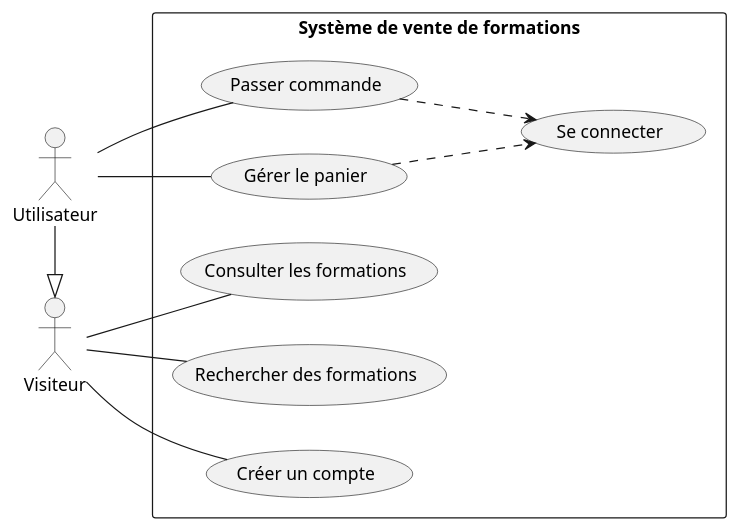
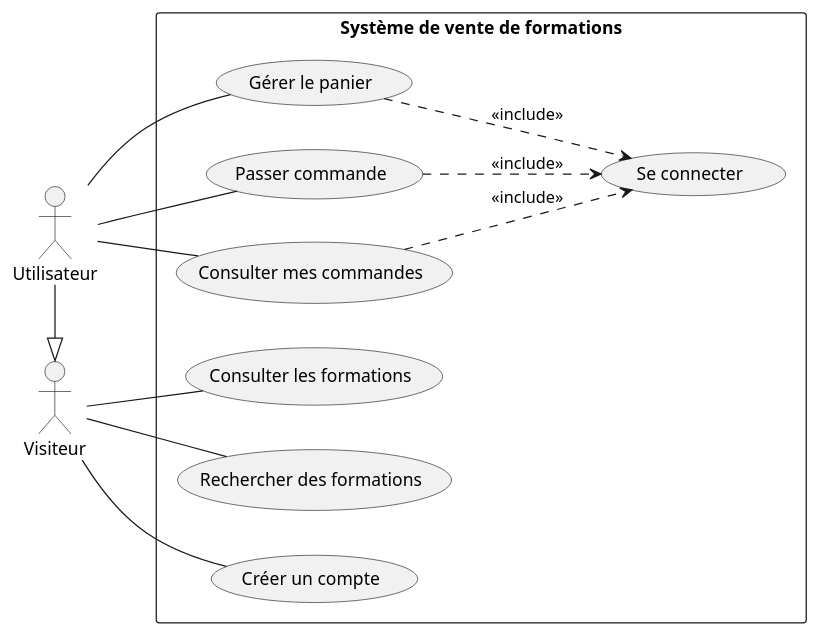
Before and after one commit to john7440/EvaluationJava: the diagram in doc/01-UseCase/UseCase.puml, drawn with PlantUML. The commit also changed 1 other file, not shown here.

Commit message:
ajout d'un usecase consulter ses commandes + ajouts des includes oubliés

```diff
--- a/doc/01-UseCase/UseCase.puml
+++ b/doc/01-UseCase/UseCase.puml
@@ -1,33 +1,36 @@
 @startuml
 left to right direction
 
 actor Visiteur
 actor Utilisateur
 
 rectangle "Système de vente de formations" {
 
  usecase "Se connecter" as AUTH
 
  usecase "Consulter les formations" as UC1
  usecase "Rechercher des formations" as UC2
 
  usecase "Créer un compte" as UC3
 
  usecase "Gérer le panier" as UC5
  usecase "Passer commande" as UC6
+ usecase "Consulter mes commandes" as UC7
 
 }
 
 Visiteur -- UC1
 Visiteur -- UC2
 Visiteur -- UC3
 
 Utilisateur -|> Visiteur
 
 Utilisateur -- UC5
 Utilisateur -- UC6
+Utilisateur -- UC7
 
-UC5 ..> AUTH
-UC6 ..> AUTH
+UC5 ..> AUTH : <<include>>
+UC6 ..> AUTH : <<include>>
+UC7 ..> AUTH : <<include>>
 
 @enduml
```
